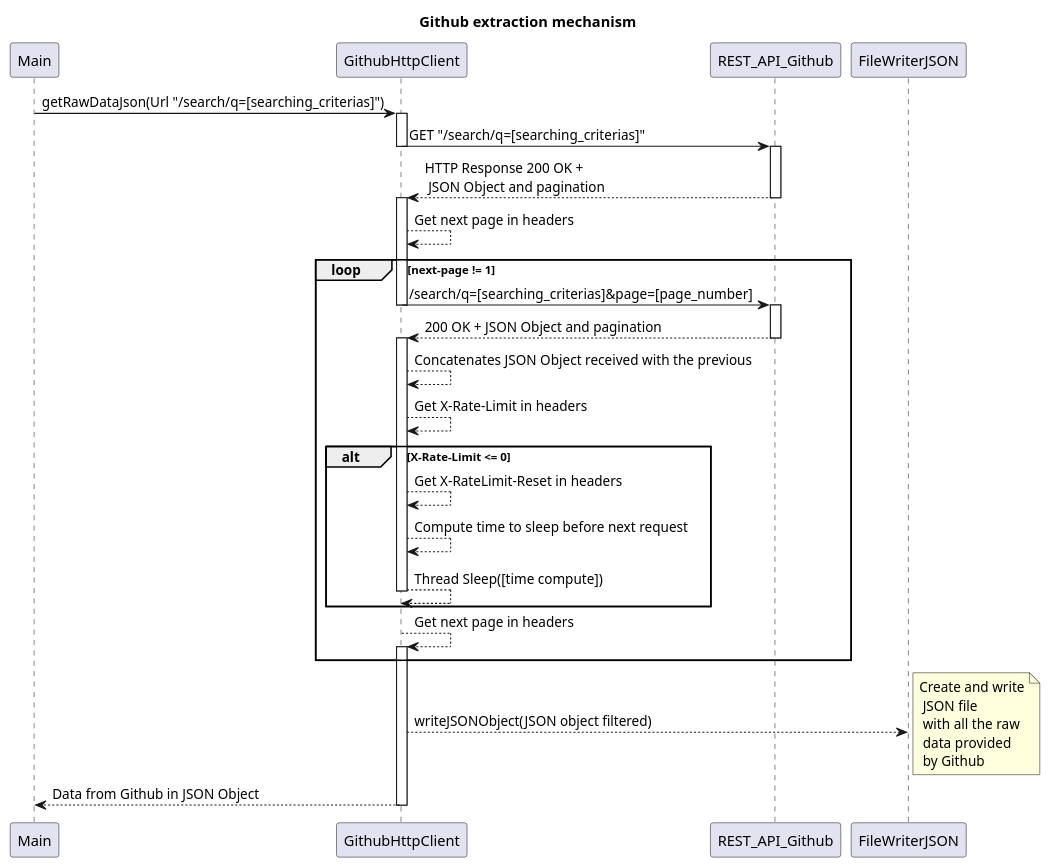
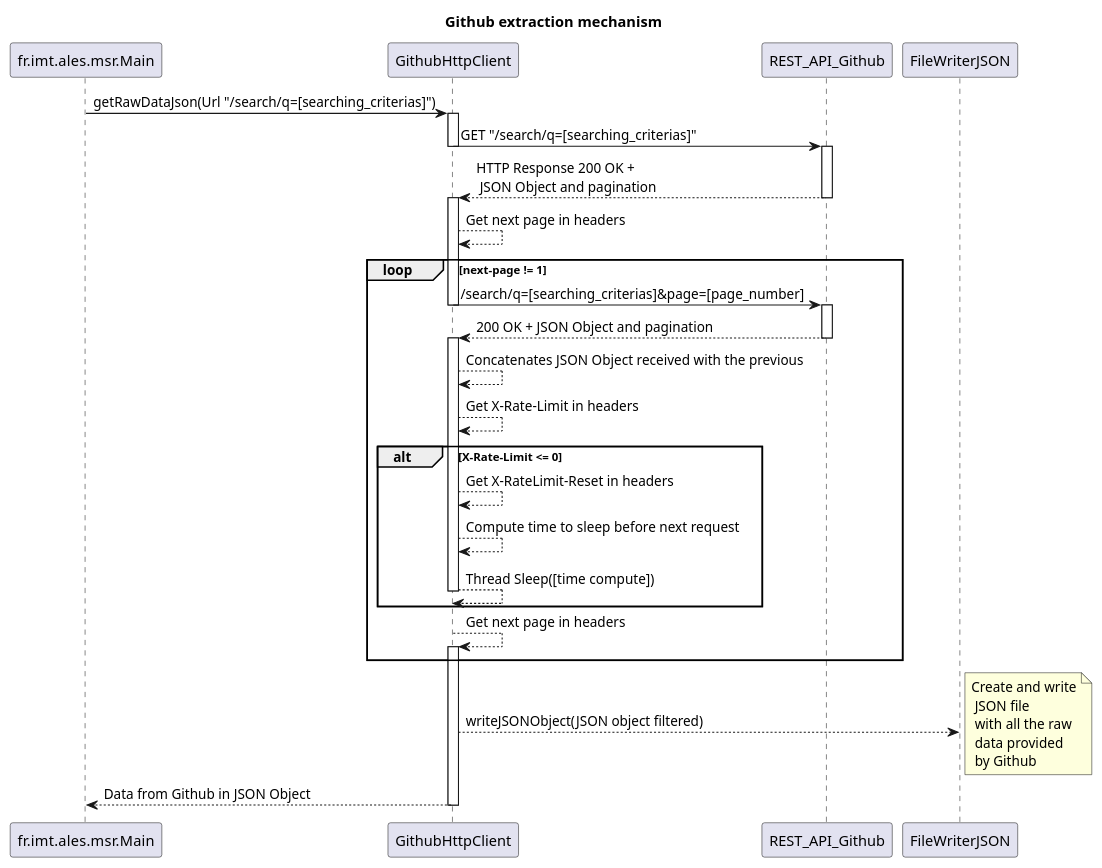
One commit to DedalArmy/MISORTIMA changed the diagram in docs/UML/extractor_github_SD.puml. Above: the diagram before and after it, drawn with PlantUML. The commit also changed 25 other files, not shown here.

```diff
--- a/docs/UML/extractor_github_SD.puml
+++ b/docs/UML/extractor_github_SD.puml
@@ -1,55 +1,55 @@
 @startuml
 title Github extraction mechanism
 
-participant Main
+participant fr.imt.ales.msr.Main
 participant GithubHttpClient
 participant REST_API_Github
 participant FileWriterJSON
 
 
-Main -> GithubHttpClient : getRawDataJson(Url "/search/q=[searching_criterias]")
+fr.imt.ales.msr.Main -> GithubHttpClient : getRawDataJson(Url "/search/q=[searching_criterias]")
 activate GithubHttpClient
 GithubHttpClient -> REST_API_Github : GET "/search/q=[searching_criterias]"
 deactivate GithubHttpClient
 activate REST_API_Github
 REST_API_Github --> GithubHttpClient : HTTP Response 200 OK + \n JSON Object and pagination
 deactivate REST_API_Github
 activate GithubHttpClient
 
 
 GithubHttpClient --> GithubHttpClient : Get next page in headers
 
 loop next-page != 1
         GithubHttpClient -> REST_API_Github : /search/q=[searching_criterias]&page=[page_number]
         deactivate GithubHttpClient
         activate REST_API_Github
             REST_API_Github --> GithubHttpClient : 200 OK + JSON Object and pagination
         deactivate REST_API_Github
         activate GithubHttpClient
 
         GithubHttpClient --> GithubHttpClient : Concatenates JSON Object received with the previous
         GithubHttpClient --> GithubHttpClient : Get X-Rate-Limit in headers
         alt X-Rate-Limit <= 0
             GithubHttpClient --> GithubHttpClient : Get X-RateLimit-Reset in headers
             GithubHttpClient --> GithubHttpClient : Compute time to sleep before next request
             GithubHttpClient --> GithubHttpClient : Thread Sleep([time compute])
             deactivate GithubHttpClient
         end
         activate GithubHttpClient
         GithubHttpClient --> GithubHttpClient : Get next page in headers
         activate GithubHttpClient
 end
 GithubHttpClient --> FileWriterJSON :  writeJSONObject(JSON object filtered)
 note right
     Create and write
      JSON file
      with all the raw
      data provided
      by Github
 end note
-GithubHttpClient --> Main : Data from Github in JSON Object
+GithubHttpClient --> fr.imt.ales.msr.Main : Data from Github in JSON Object
 
 deactivate GithubHttpClient
 
 
 @enduml
```
